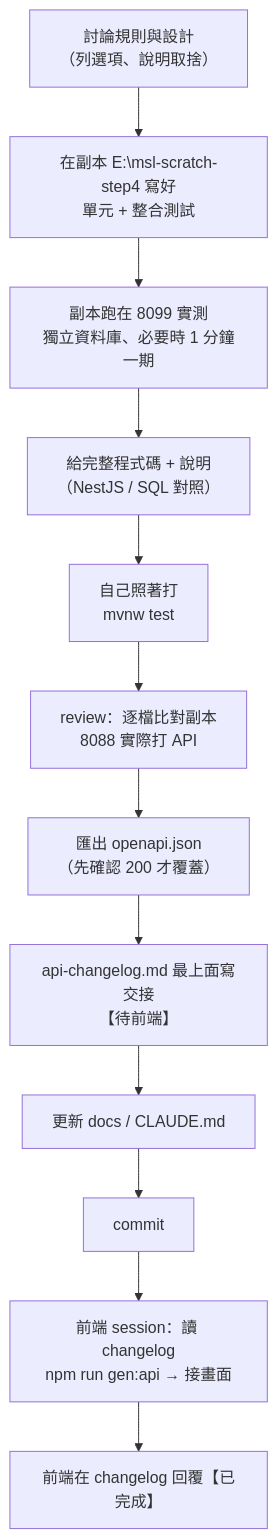
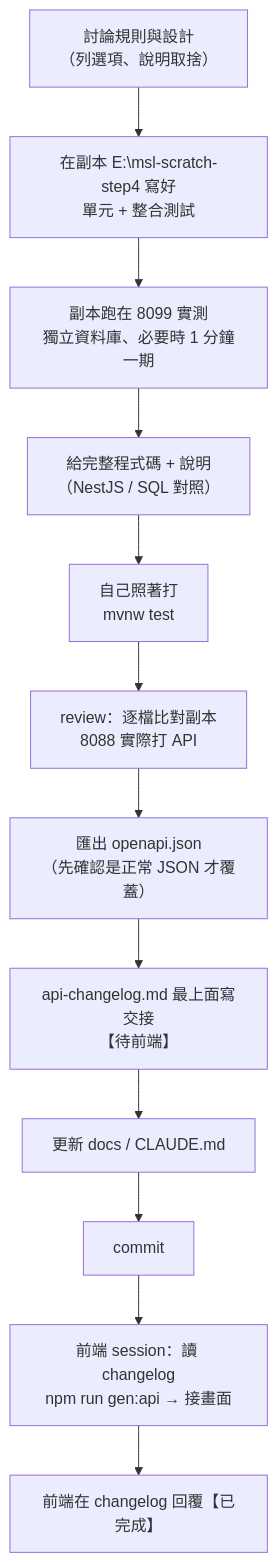
Before and after one commit to rain-sc/30-lab: the tenth of 10 diagrams in docs/learning/project-workflow.md, drawn with Mermaid. The commit also changed other lines of this file and 34 other files, not shown here.

````diff
--- a/docs/learning/project-workflow.md
+++ b/docs/learning/project-workflow.md
@@ -373,14 +477,14 @@
 ```mermaid
 flowchart TD
     A["討論規則與設計<br/>（列選項、說明取捨）"] --> B["在副本 E:\msl-scratch-step4 寫好<br/>單元 + 整合測試"]
     B --> C["副本跑在 8099 實測<br/>獨立資料庫、必要時 1 分鐘一期"]
     C --> D["給完整程式碼 + 說明<br/>（NestJS / SQL 對照）"]
     D --> E["自己照著打<br/>mvnw test"]
     E --> F["review：逐檔比對副本<br/>8088 實際打 API"]
-    F --> G["匯出 openapi.json<br/>（先確認 200 才覆蓋）"]
+    F --> G["匯出 openapi.json<br/>（先確認是正常 JSON 才覆蓋）"]
     G --> H["api-changelog.md 最上面寫交接<br/>【待前端】"]
     H --> I["更新 docs / CLAUDE.md"]
     I --> J["commit"]
     J --> K["前端 session：讀 changelog<br/>npm run gen:api → 接畫面"]
     K --> L["前端在 changelog 回覆【已完成】"]
 ```
````
